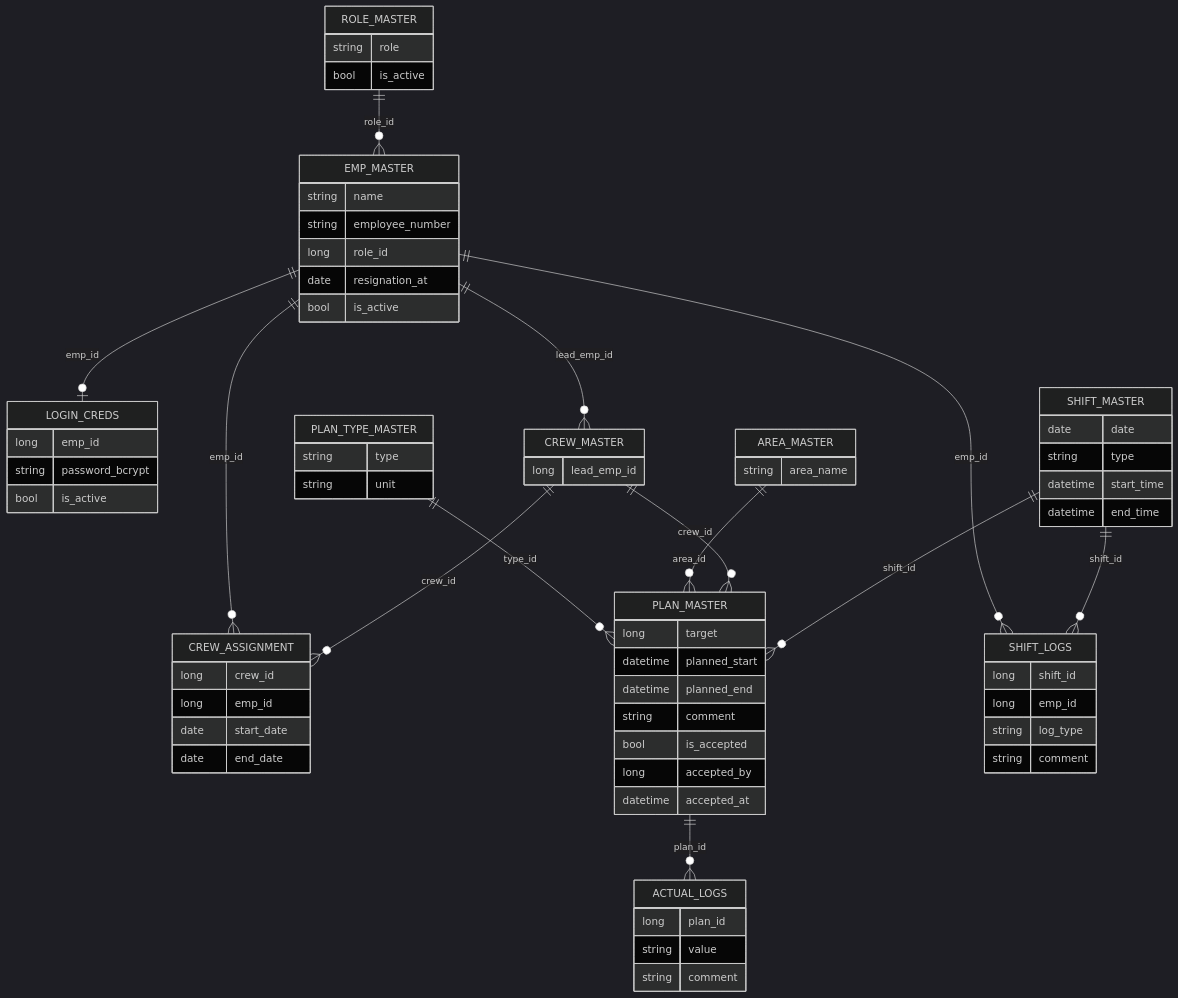
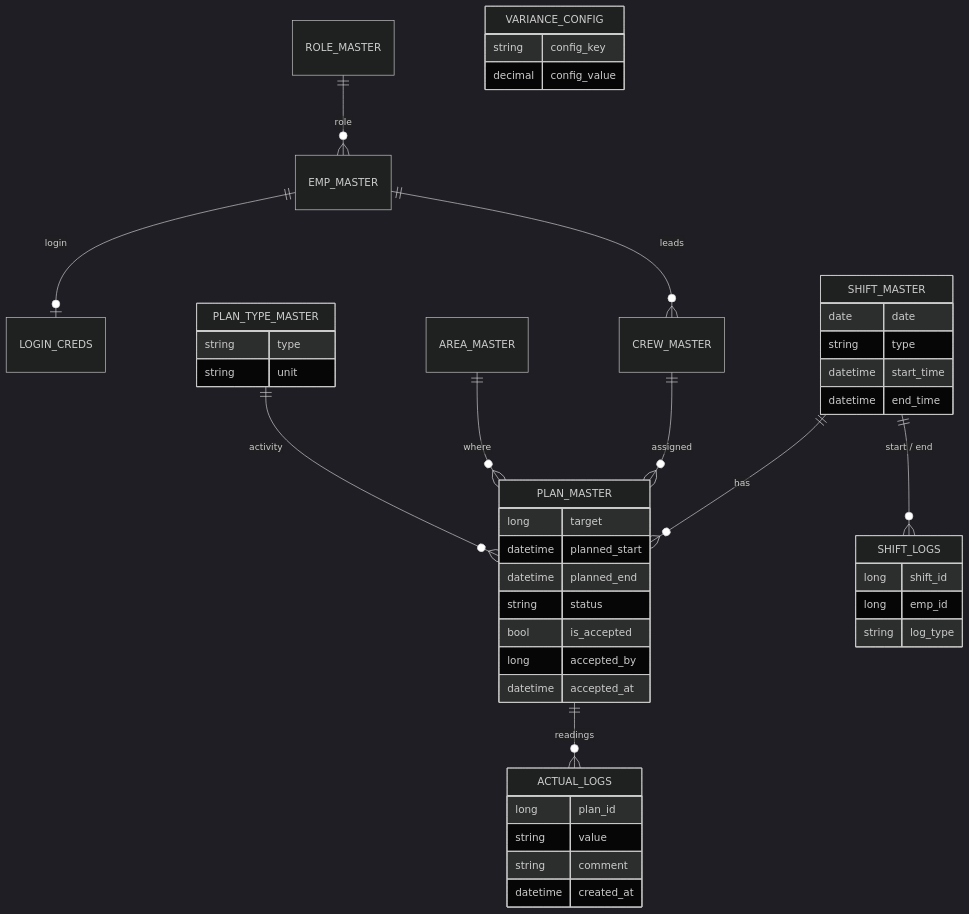
The third of 3 diagrams in README.md (Ronyparmar2107/shift_production_management_system), drawn with Mermaid (dark theme) before and after one commit. The commit also changed other lines of this file and 1 other file, not shown here.

````diff
--- a/README.md
+++ b/README.md
@@ -139,27 +186,19 @@
 ```mermaid
 erDiagram
-    ROLE_MASTER ||--o{ EMP_MASTER : "role_id"
-    EMP_MASTER ||--o| LOGIN_CREDS : "emp_id"
-    EMP_MASTER ||--o{ CREW_MASTER : "lead_emp_id"
-    CREW_MASTER ||--o{ CREW_ASSIGNMENT : "crew_id"
-    EMP_MASTER ||--o{ CREW_ASSIGNMENT : "emp_id"
-    SHIFT_MASTER ||--o{ PLAN_MASTER : "shift_id"
-    CREW_MASTER ||--o{ PLAN_MASTER : "crew_id"
-    AREA_MASTER ||--o{ PLAN_MASTER : "area_id"
-    PLAN_TYPE_MASTER ||--o{ PLAN_MASTER : "type_id"
-    PLAN_MASTER ||--o{ ACTUAL_LOGS : "plan_id"
-    SHIFT_MASTER ||--o{ SHIFT_LOGS : "shift_id"
-    EMP_MASTER ||--o{ SHIFT_LOGS : "emp_id"
+    ROLE_MASTER ||--o{ EMP_MASTER : "role"
+    EMP_MASTER ||--o| LOGIN_CREDS : "login"
+    EMP_MASTER ||--o{ CREW_MASTER : "leads"
+    SHIFT_MASTER ||--o{ PLAN_MASTER : "has"
+    CREW_MASTER ||--o{ PLAN_MASTER : "assigned"
+    AREA_MASTER ||--o{ PLAN_MASTER : "where"
+    PLAN_TYPE_MASTER ||--o{ PLAN_MASTER : "activity"
+    PLAN_MASTER ||--o{ ACTUAL_LOGS : "readings"
+    SHIFT_MASTER ||--o{ SHIFT_LOGS : "start / end"
 
-    EMP_MASTER { string name string employee_number long role_id date resignation_at bool is_active }
-    LOGIN_CREDS { long emp_id string password_bcrypt bool is_active }
-    ROLE_MASTER { string role bool is_active }
-    CREW_MASTER { long lead_emp_id }
-    CREW_ASSIGNMENT { long crew_id long emp_id date start_date date end_date }
-    AREA_MASTER { string area_name }
+    PLAN_MASTER { long target datetime planned_start datetime planned_end string status bool is_accepted long accepted_by datetime accepted_at }
+    ACTUAL_LOGS { long plan_id string value string comment datetime created_at }
+    SHIFT_MASTER { date date string type datetime start_time datetime end_time }
+    SHIFT_LOGS { long shift_id long emp_id string log_type }
     PLAN_TYPE_MASTER { string type string unit }
-    SHIFT_MASTER { date date string type datetime start_time datetime end_time }
-    PLAN_MASTER { long target datetime planned_start datetime planned_end string comment bool is_accepted long accepted_by datetime accepted_at }
-    ACTUAL_LOGS { long plan_id string value string comment }
-    SHIFT_LOGS { long shift_id long emp_id string log_type string comment }
+    VARIANCE_CONFIG { string config_key decimal config_value }
 ```
````
